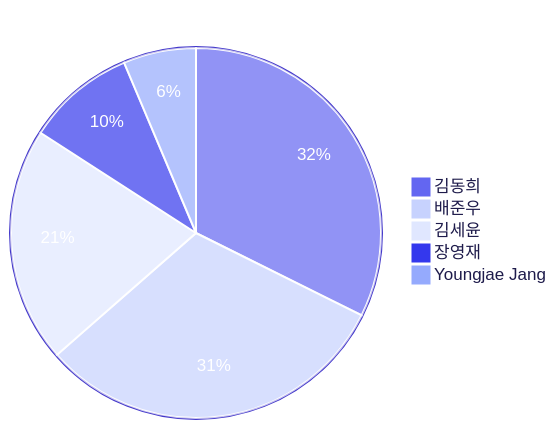
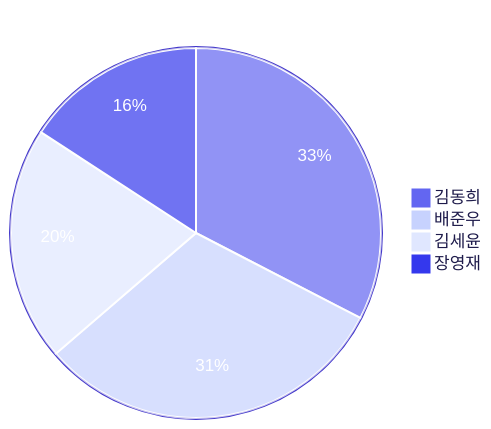
The third of 4 diagrams in README.md (3rd-project-team-1/ALYAC-market-team1), drawn with Mermaid before and after one commit. The commit also changed other lines of this file, not shown here.

Commit message:
docs: 커밋 활동 차트 자동 업데이트 [skip ci]

````diff
--- a/README.md
+++ b/README.md
@@ -414,18 +414,17 @@
 ```mermaid
 %%{init: { 'theme': 'base', 'themeVariables': {
   'primaryColor': '#6366f1',
   'primaryTextColor': '#ffffff',
   'primaryBorderColor': '#4338ca',
   'secondaryColor': '#c7d2fe',
   'tertiaryColor': '#e0e7ff',
   'pieLegendTextColor': '#1e1b4b',
   'pieStrokeColor': '#ffffff',
   'pieOuterStrokeColor': '#4338ca'
 } } }%%
 pie title 기여자별 커밋 수
-  "김동희" : 173
+  "김동희" : 175
   "배준우" : 167
   "김세윤" : 110
-  "장영재" : 51
-  "Youngjae Jang" : 34
+  "장영재" : 85
 ```
````
